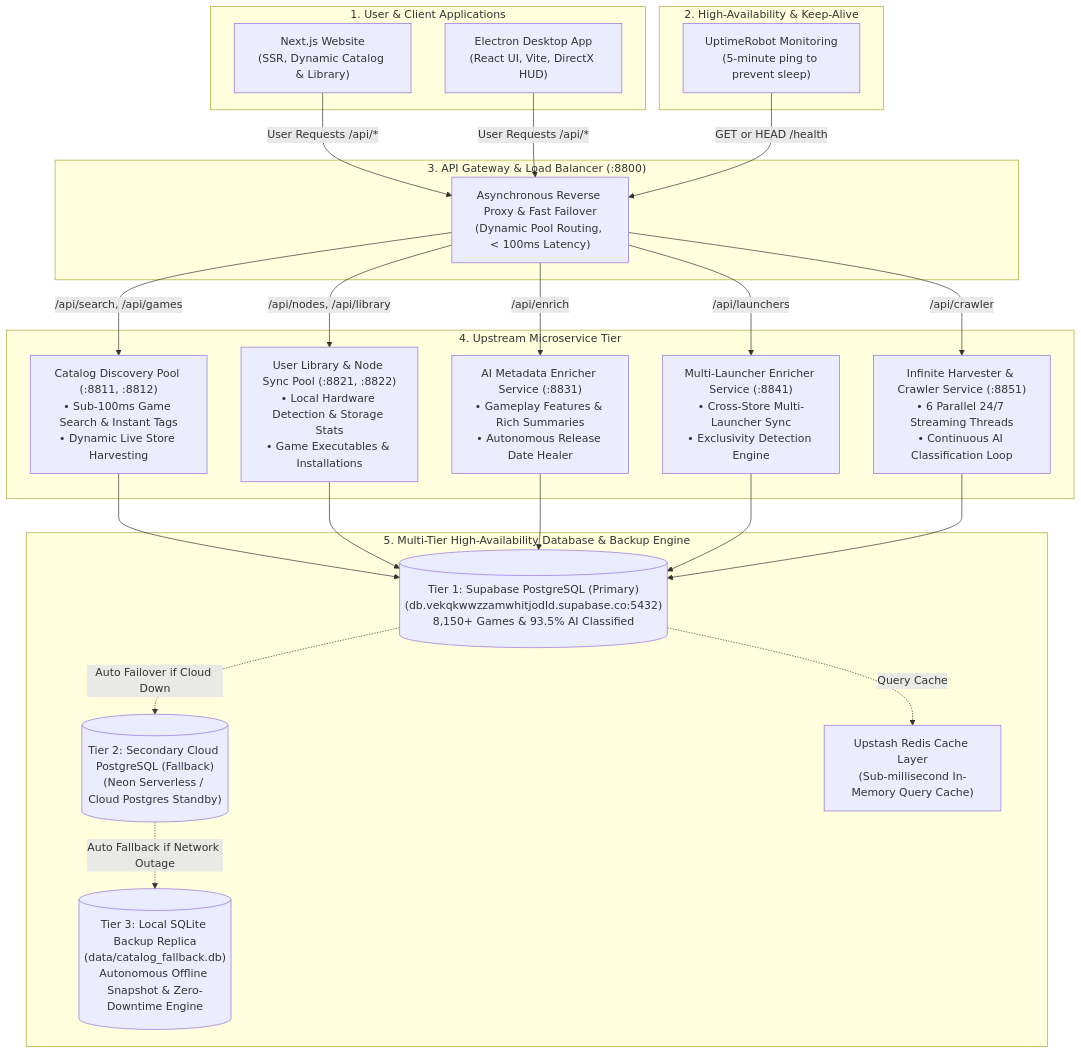
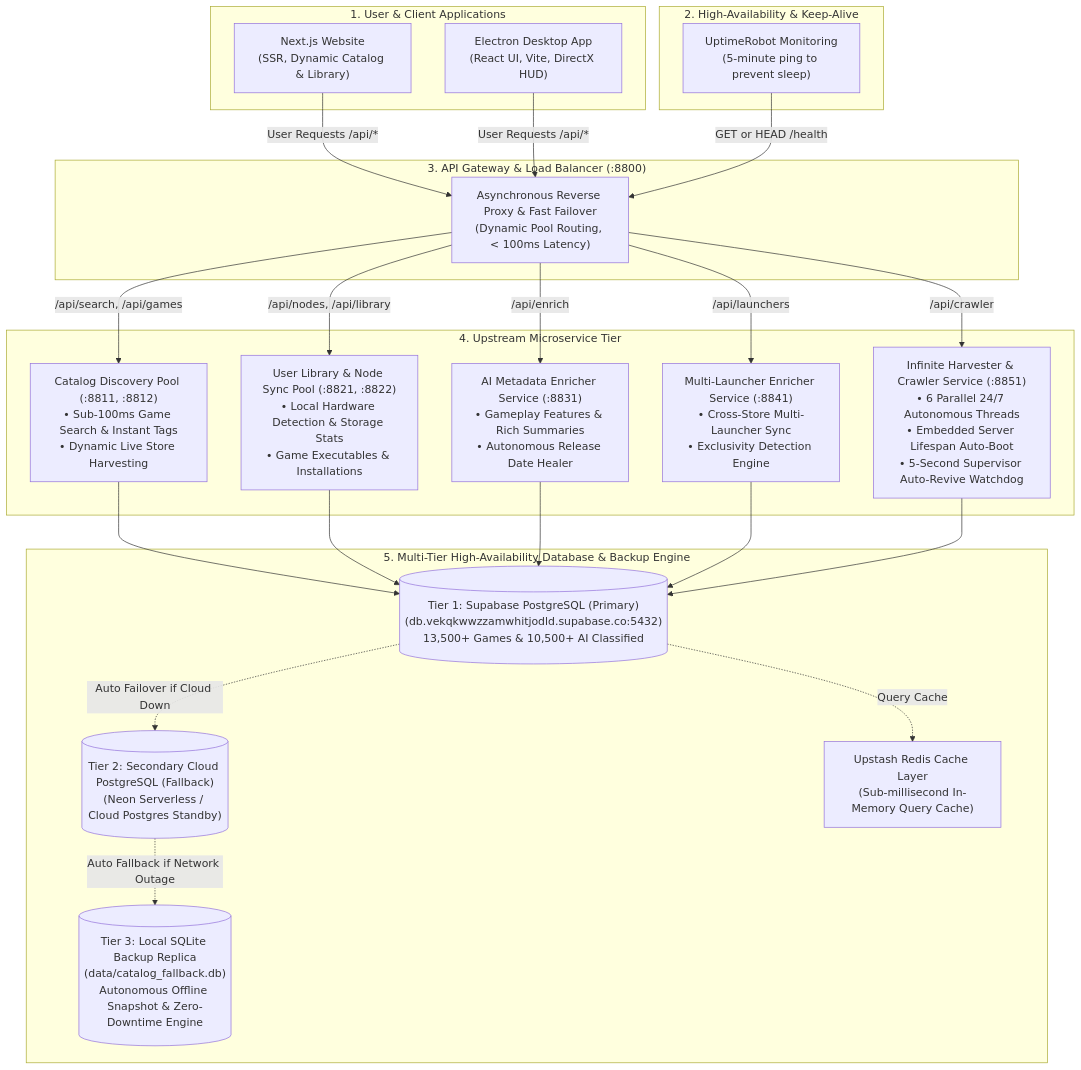
The diagram in Gaming/docs/MAJOR_CHANGES.md (arnab825/Mission-Control), drawn with Mermaid before and after one commit. The commit also changed other lines of this file and 3 other files, not shown here.

Commit message:
feat: implement multi-threaded catalog harvester with concurrent crawlers for Steam, GOG, and Epic Games.

````diff
--- a/Gaming/docs/MAJOR_CHANGES.md
+++ b/Gaming/docs/MAJOR_CHANGES.md
@@ -9,42 +9,42 @@
 ```mermaid
 flowchart TD
     subgraph Clients [" 1. User & Client Applications"]
         W[" Next.js Website\n(SSR, Dynamic Catalog & Library)"]
         D[" Electron Desktop App\n(React UI, Vite, DirectX HUD)"]
     end
 
     subgraph Monitoring [" 2. High-Availability & Keep-Alive"]
         UR[" UptimeRobot Monitoring\n(5-minute ping to prevent sleep)"]
     end
 
     subgraph LoadBalancer [" 3. API Gateway & Load Balancer (:8800)"]
         LB["Asynchronous Reverse Proxy & Fast Failover\n(Dynamic Pool Routing, < 100ms Latency)"]
     end
 
     subgraph MicroservicePools [" 4. Upstream Microservice Tier"]
         P1[" Catalog Discovery Pool (:8811, :8812)\n• Sub-100ms Game Search & Instant Tags\n• Dynamic Live Store Harvesting"]
         P2[" User Library & Node Sync Pool (:8821, :8822)\n• Local Hardware Detection & Storage Stats\n• Game Executables & Installations"]
         P3[" AI Metadata Enricher Service (:8831)\n• Gameplay Features & Rich Summaries\n• Autonomous Release Date Healer"]
         P4[" Multi-Launcher Enricher Service (:8841)\n• Cross-Store Multi-Launcher Sync\n• Exclusivity Detection Engine"]
-        P5[" Infinite Harvester & Crawler Service (:8851)\n• 6 Parallel 24/7 Streaming Threads\n• Continuous AI Classification Loop"]
+        P5[" Infinite Harvester & Crawler Service (:8851)\n• 6 Parallel 24/7 Autonomous Threads\n• Embedded Server Lifespan Auto-Boot\n• 5-Second Supervisor Auto-Revive Watchdog"]
     end
 
     subgraph DatabaseTier [" 5. Multi-Tier High-Availability Database & Backup Engine"]
-        T1[(" Tier 1: Supabase PostgreSQL (Primary)\n(db.vekqkwwzzamwhitjodld.supabase.co:5432)\n8,150+ Games & 93.5% AI Classified")]
+        T1[(" Tier 1: Supabase PostgreSQL (Primary)\n(db.vekqkwwzzamwhitjodld.supabase.co:5432)\n13,500+ Games & 10,500+ AI Classified")]
         T2[(" Tier 2: Secondary Cloud PostgreSQL (Fallback)\n(Neon Serverless / Cloud Postgres Standby)")]
         T3[(" Tier 3: Local SQLite Backup Replica\n(data/catalog_fallback.db)\nAutonomous Offline Snapshot & Zero-Downtime Engine")]
         R[" Upstash Redis Cache Layer\n(Sub-millisecond In-Memory Query Cache)"]
     end
 
     W & D -->|User Requests /api/*| LB
     UR -->|GET or HEAD /health| LB
     LB -->|/api/search, /api/games| P1
     LB -->|/api/nodes, /api/library| P2
     LB -->|/api/enrich| P3
     LB -->|/api/launchers| P4
     LB -->|/api/crawler| P5
     P1 & P2 & P3 & P4 & P5 --> T1
     T1 -.->|Auto Failover if Cloud Down| T2
     T2 -.->|Auto Fallback if Network Outage| T3
     T1 -.->|Query Cache| R
 ```
````
